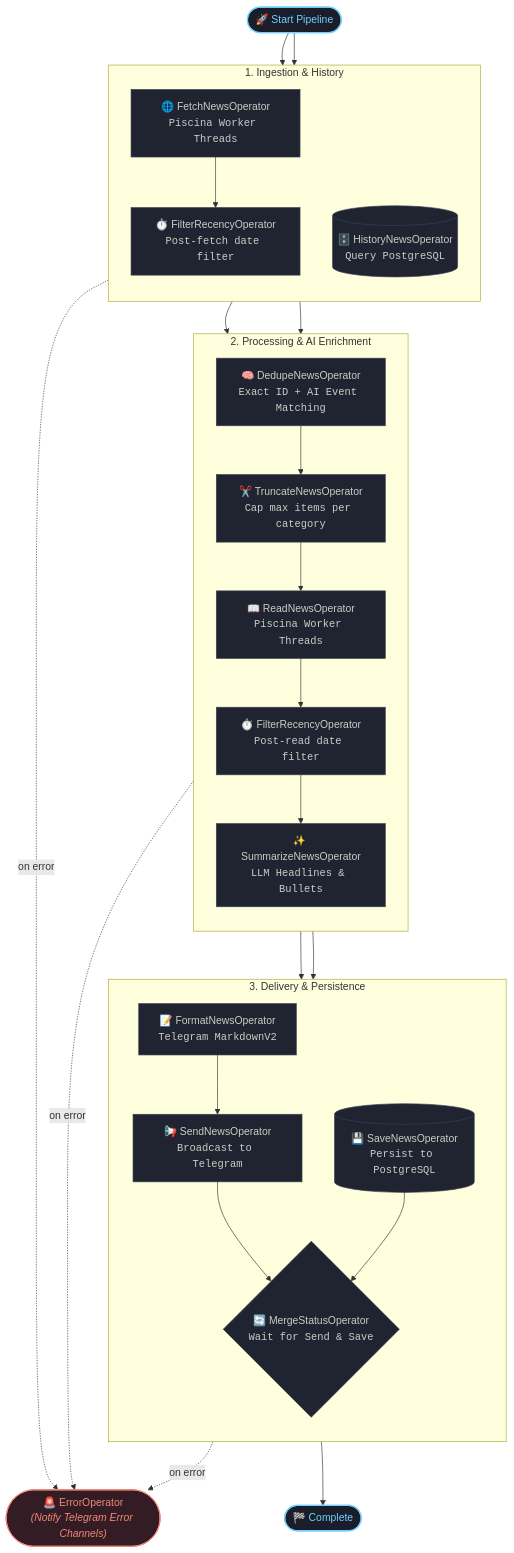
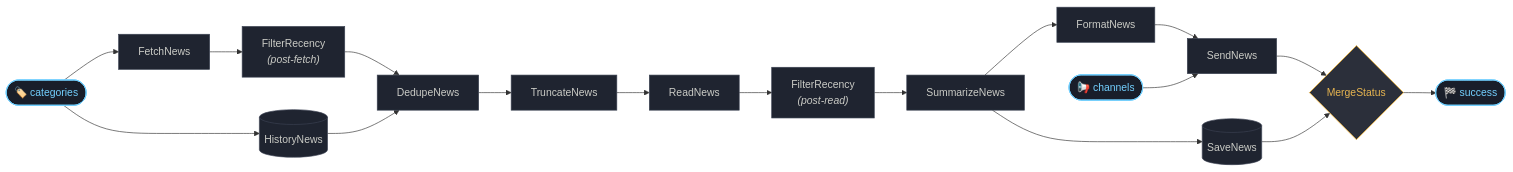
One commit to AnthonyChouGit/news_briefing changed the diagram in README.md. Above: the diagram before and after it, drawn with Mermaid.

Commit message:
docs: update pipeline architecture diagram to reflect simplified flow and operator nodes

````diff
--- a/README.md
+++ b/README.md
@@ -13,67 +13,46 @@
 ```mermaid
-flowchart TD
-    %% Main Entry / Exit
-    Start([🚀 Start Pipeline])
-    Done([🏁 Complete])
-    ErrSink(["🚨 ErrorOperator<br/><i>(Notify Telegram Error Channels)</i>"])
+flowchart LR
+    %% Inputs
+    InCat(["🏷️ categories"])
+    InChan(["📢 channels"])
+    
+    %% Ingestion & Deduplication
+    Fetch["FetchNews"]
+    Hist[("HistoryNews")]
+    Filter1["FilterRecency<br/><i>(post-fetch)</i>"]
+    Dedupe["DedupeNews"]
+    
+    InCat --> Fetch --> Filter1 --> Dedupe
+    InCat --> Hist --> Dedupe
 
-    %% Stage 1: Ingestion
-    subgraph S1 ["1. Ingestion & History"]
-        direction TB
-        Fetch["🌐 FetchNewsOperator<br/><code>Piscina Worker Threads</code>"]
-        Filter1["⏱️ FilterRecencyOperator<br/><code>Post-fetch date filter</code>"]
-        Hist[("🗄️ HistoryNewsOperator<br/><code>Query PostgreSQL</code>")]
-        
-        Fetch --> Filter1
-    end
+    %% Processing & Summarization
+    Truncate["TruncateNews"]
+    Read["ReadNews"]
+    Filter2["FilterRecency<br/><i>(post-read)</i>"]
+    Summarize["SummarizeNews"]
 
-    %% Stage 2: Processing & AI Enrichment
-    subgraph S2 ["2. Processing & AI Enrichment"]
-        direction TB
-        Dedupe["🧠 DedupeNewsOperator<br/><code>Exact ID + AI Event Matching</code>"]
-        Truncate["✂️ TruncateNewsOperator<br/><code>Cap max items per category</code>"]
-        Read["📖 ReadNewsOperator<br/><code>Piscina Worker Threads</code>"]
-        Filter2["⏱️ FilterRecencyOperator<br/><code>Post-read date filter</code>"]
-        Summarize["✨ SummarizeNewsOperator<br/><code>LLM Headlines & Bullets</code>"]
+    Dedupe --> Truncate --> Read --> Filter2 --> Summarize
 
-        Dedupe --> Truncate --> Read --> Filter2 --> Summarize
-    end
+    %% Output & Persistence
+    Format["FormatNews"]
+    Send["SendNews"]
+    Save[("SaveNews")]
+    Merge{"MergeStatus"}
+    Success([🏁 success])
 
-    %% Stage 3: Delivery & Persistence
-    subgraph S3 ["3. Delivery & Persistence"]
-        direction TB
-        Format["📝 FormatNewsOperator<br/><code>Telegram MarkdownV2</code>"]
-        Send["📢 SendNewsOperator<br/><code>Broadcast to Telegram</code>"]
-        Save[("💾 SaveNewsOperator<br/><code>Persist to PostgreSQL</code>")]
-        Merge{"🔄 MergeStatusOperator<br/><code>Wait for Send & Save</code>"}
-
-        Format --> Send
-        Send --> Merge
-        Save --> Merge
-    end
-
-    %% Flow Connections
-    Start --> Fetch
-    Start --> Hist
-
-    Filter1 --> Dedupe
-    Hist --> Dedupe
-
-    Summarize --> Format
+    Summarize --> Format --> Send
+    InChan --> Send
     Summarize --> Save
 
-    Merge --> Done
+    Send --> Merge
+    Save --> Merge
+    Merge --> Success
 
-    %% Error Handling
-    S1 -. "on error" .-> ErrSink
-    S2 -. "on error" .-> ErrSink
-    S3 -. "on error" .-> ErrSink
-
-    %% Node Styling
+    %% Styling
     classDef default fill:#1f2430,stroke:#3b4252,stroke-width:1px,color:#cbccc6;
-    classDef startEnd fill:#191e2a,stroke:#73d0ff,stroke-width:2px,color:#73d0ff;
-    classDef errStyle fill:#331c24,stroke:#f28779,stroke-width:1.5px,color:#f28779;
+    classDef io fill:#191e2a,stroke:#73d0ff,stroke-width:1.5px,color:#73d0ff;
+    classDef merge fill:#2b2f3a,stroke:#e6b450,stroke-width:1.5px,color:#e6b450;
     
-    class Start,Done startEnd;
-    class ErrSink errStyle;
+    class InCat,InChan,Success io;
+    class Merge merge;
 ```
````
